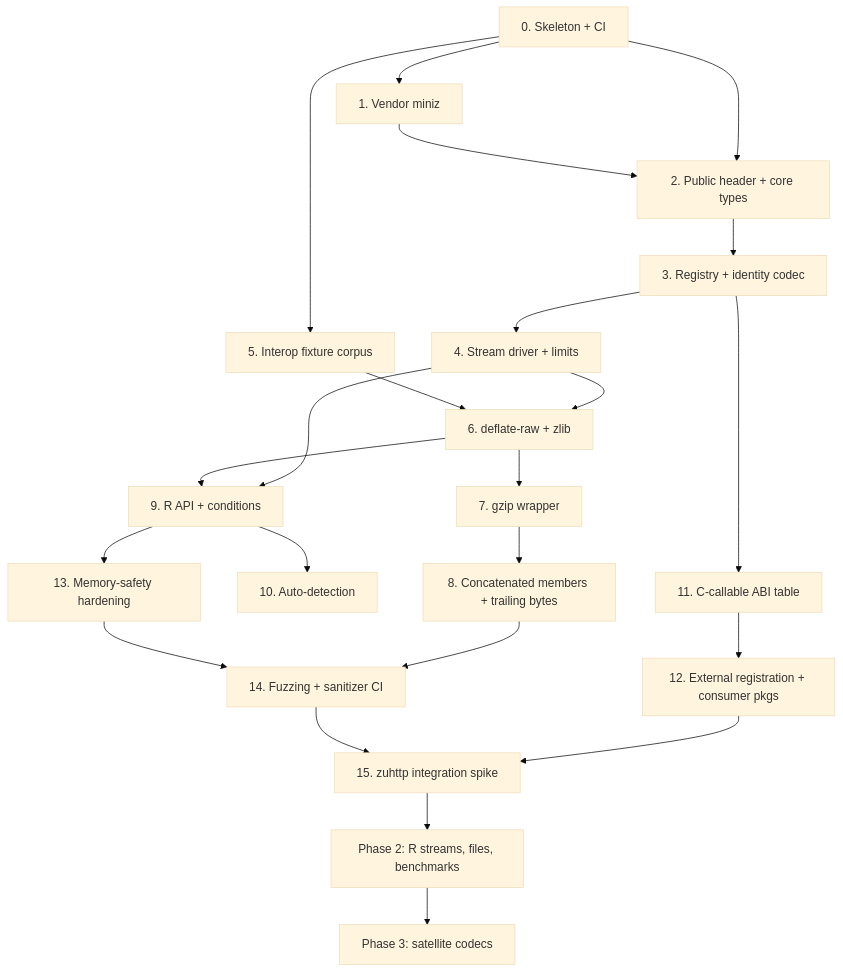
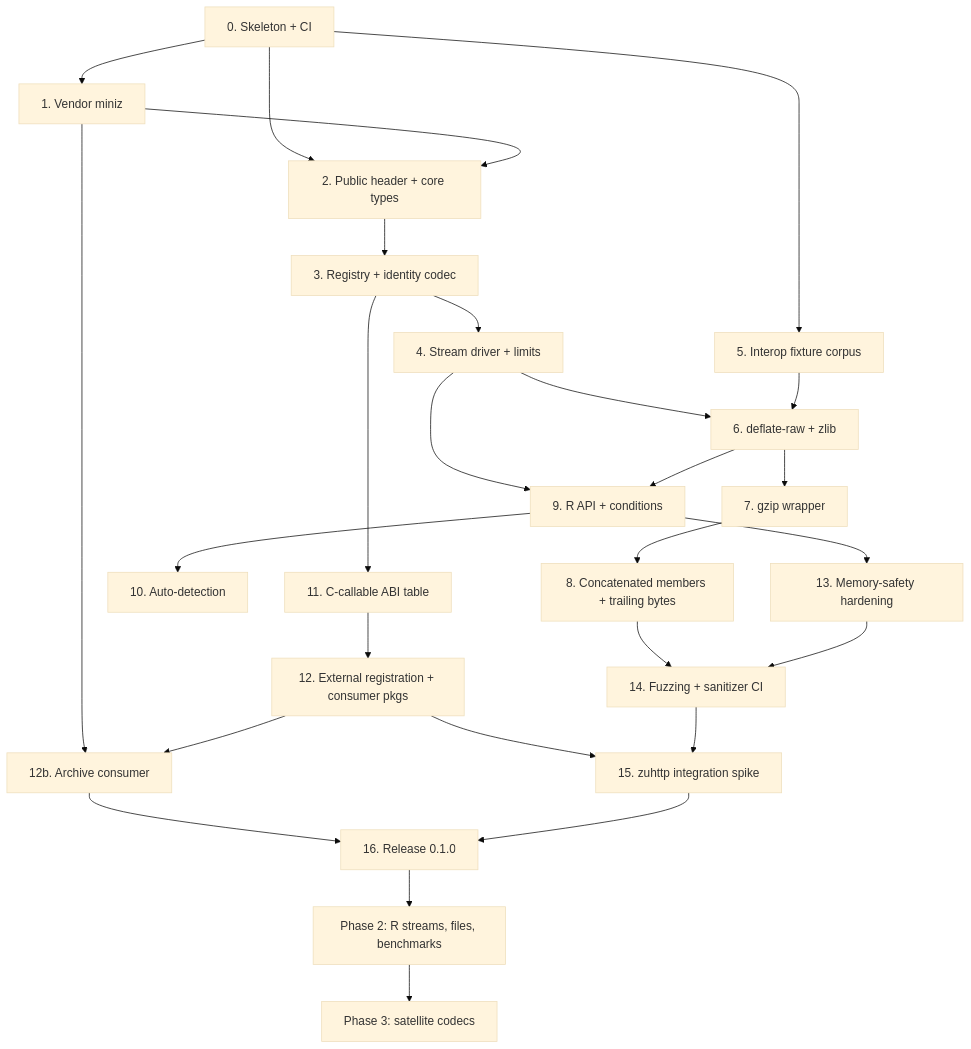
The diagram in .agents/ROADMAP.md (pedrobtz/zukomp), drawn with Mermaid (base theme) before and after one commit. The commit also changed other lines of this file and 3 other files, not shown here.

First line of the commit message:
Review the roadmap against the implementation (docs only)

````diff
--- a/.agents/ROADMAP.md
+++ b/.agents/ROADMAP.md
@@ -11,25 +11,29 @@
 ```mermaid
 graph TD
     S0[0. Skeleton + CI] --> S1[1. Vendor miniz]
     S0 --> S2[2. Public header + core types]
     S1 --> S2
     S2 --> S3[3. Registry + identity codec]
     S3 --> S4[4. Stream driver + limits]
     S0 --> S5[5. Interop fixture corpus]
     S4 --> S6[6. deflate-raw + zlib]
     S5 --> S6
     S6 --> S7[7. gzip wrapper]
     S7 --> S8[8. Concatenated members + trailing bytes]
     S4 --> S9[9. R API + conditions]
     S6 --> S9
     S9 --> S10[10. Auto-detection]
     S3 --> S11[11. C-callable ABI table]
     S11 --> S12[12. External registration + consumer pkgs]
+    S1 --> S12b[12b. Archive consumer]
+    S12 --> S12b
     S9 --> S13[13. Memory-safety hardening]
     S8 --> S14[14. Fuzzing + sanitizer CI]
     S13 --> S14
     S12 --> S15[15. zuhttp integration spike]
     S14 --> S15
-    S15 --> P2[Phase 2: R streams, files, benchmarks]
+    S12b --> S16[16. Release 0.1.0]
+    S15 --> S16
+    S16 --> P2[Phase 2: R streams, files, benchmarks]
     P2 --> P3[Phase 3: satellite codecs]
 ```
````
